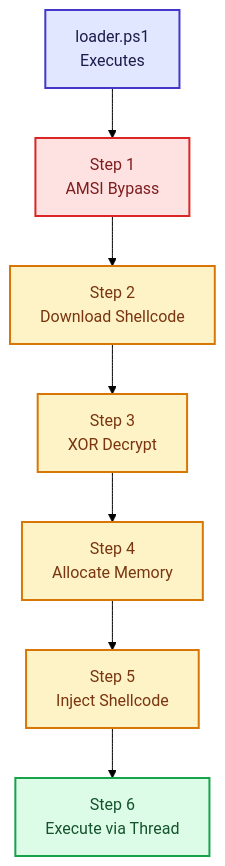
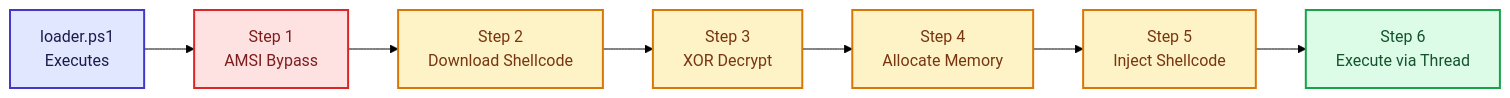
The second of 3 diagrams in README.md (Danielle-Respes/Hidden-Directive-Threat-Hunt-Investigation-Sentinel-MDE-2026), drawn with Mermaid (forest theme) before and after one commit. The commit also changed other lines of this file, not shown here.

````diff
--- a/README.md
+++ b/README.md
@@ -168,19 +168,19 @@
 ```mermaid
-graph TD
+graph LR
     A["loader.ps1<br/>Executes"] --> B["Step 1<br/>AMSI Bypass"]
     B --> C["Step 2<br/>Download Shellcode"]
     C --> D["Step 3<br/>XOR Decrypt"]
     D --> E["Step 4<br/>Allocate Memory"]
     E --> F["Step 5<br/>Inject Shellcode"]
     F --> G["Step 6<br/>Execute via Thread"]
 
     classDef entry fill:#e0e7ff,stroke:#4338ca,stroke-width:2px,color:#1e1b4b
     classDef evasion fill:#fee2e2,stroke:#dc2626,stroke-width:2px,color:#7f1d1d
     classDef stage fill:#fef3c7,stroke:#d97706,stroke-width:2px,color:#78350f
     classDef exec fill:#dcfce7,stroke:#16a34a,stroke-width:2px,color:#14532d
 
     class A entry
     class B evasion
     class C,D,E,F stage
     class G exec
 ```
````
